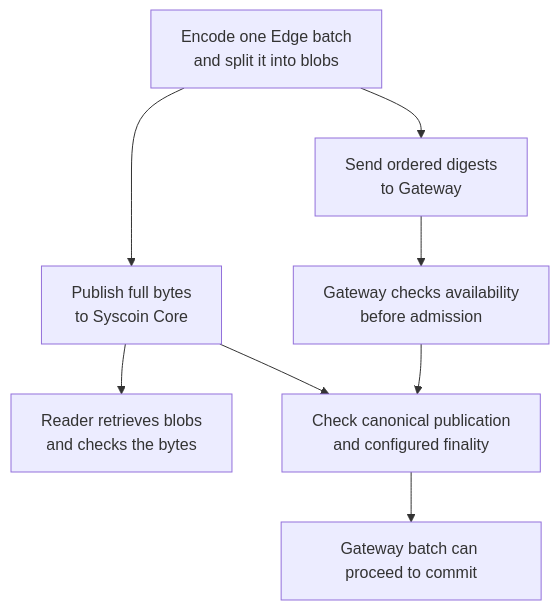
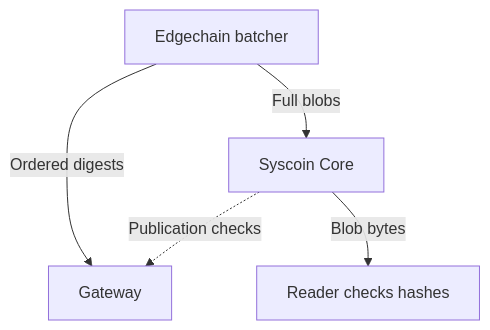
Before and after one commit to syscoin/sys-docs: the diagram in docs/architecture/data-availability.mdx, drawn with Mermaid. The commit also changed other lines of this file and 41 other files, not shown here.

````diff
--- a/docs/architecture/data-availability.mdx
+++ b/docs/architecture/data-availability.mdx
@@ -10,13 +12,10 @@
 ```mermaid
 flowchart TB
-    accTitle: Two paths for one batch
-    accDescr: A batcher splits the encoded data into blobs. Readers fetch the full bytes from Core or an archive and check each digest. Gateway receives their ordered digests, checks availability, and applies the configured publication finality rule before commit.
-    Batch["Encode one Edge batch<br/>and split it into blobs"]
-    Batch --> Bytes["Publish full bytes<br/>to Syscoin Core"]
-    Batch --> IDs["Send ordered digests<br/>to Gateway"]
-    Bytes --> Reader["Reader retrieves blobs<br/>and checks the bytes"]
-    IDs --> Admit["Gateway checks availability<br/>before admission"]
-    Bytes --> Gate["Check canonical publication<br/>and configured finality"]
-    Admit --> Gate
-    Gate --> Commit["Gateway batch can proceed to commit"]
+    accTitle: How an Edgechain batch publishes data and references
+    accDescr: The batcher sends the full blobs to Core and their ordered digests to Gateway. Gateway checks availability before admission and the configured publication policy before commit. An independent reader fetches the blobs and checks their hashes.
+    Batch["Edgechain batcher"]
+    Batch -->|Full blobs| Core["Syscoin Core"]
+    Batch -->|Ordered digests| Gateway["Gateway"]
+    Core -.->|Publication checks| Gateway
+    Core -->|Blob bytes| Reader["Reader checks hashes"]
 ```
````
